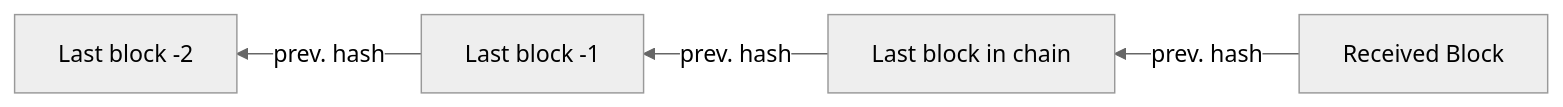
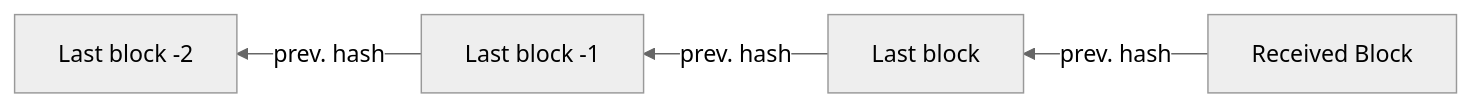
One commit to BartJagodzinski/voteChain changed the diagram in README.md. Above: the diagram before and after it, drawn with Mermaid (neutral theme). The commit also changed other lines of this file, not shown here.

````diff
--- a/README.md
+++ b/README.md
@@ -47,9 +47,9 @@
 ```mermaid
 graph RL
 B[Last block -2]
 B1[Last block -1]
-B2[Last block in chain]
+B2[Last block]
 RB[Received Block] -- prev. hash--> B2
 B2 -- prev. hash--> B1
 B1 -- prev. hash--> B
 ```
````
